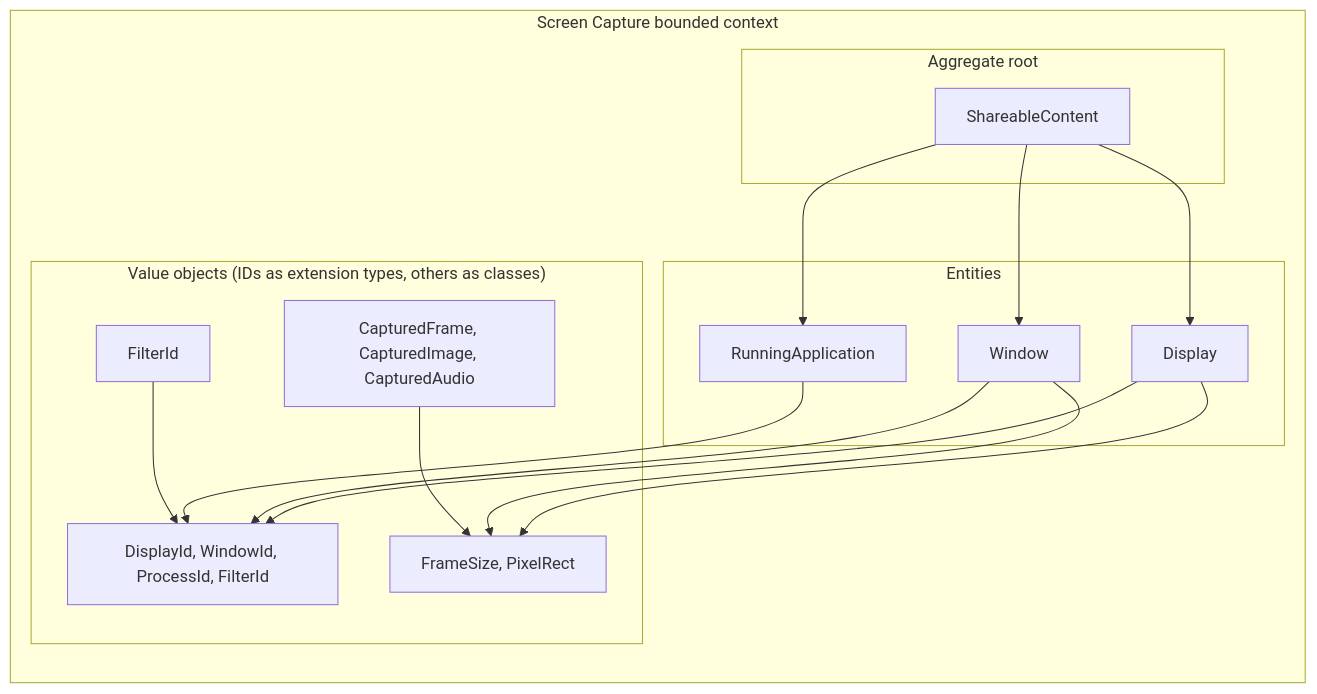
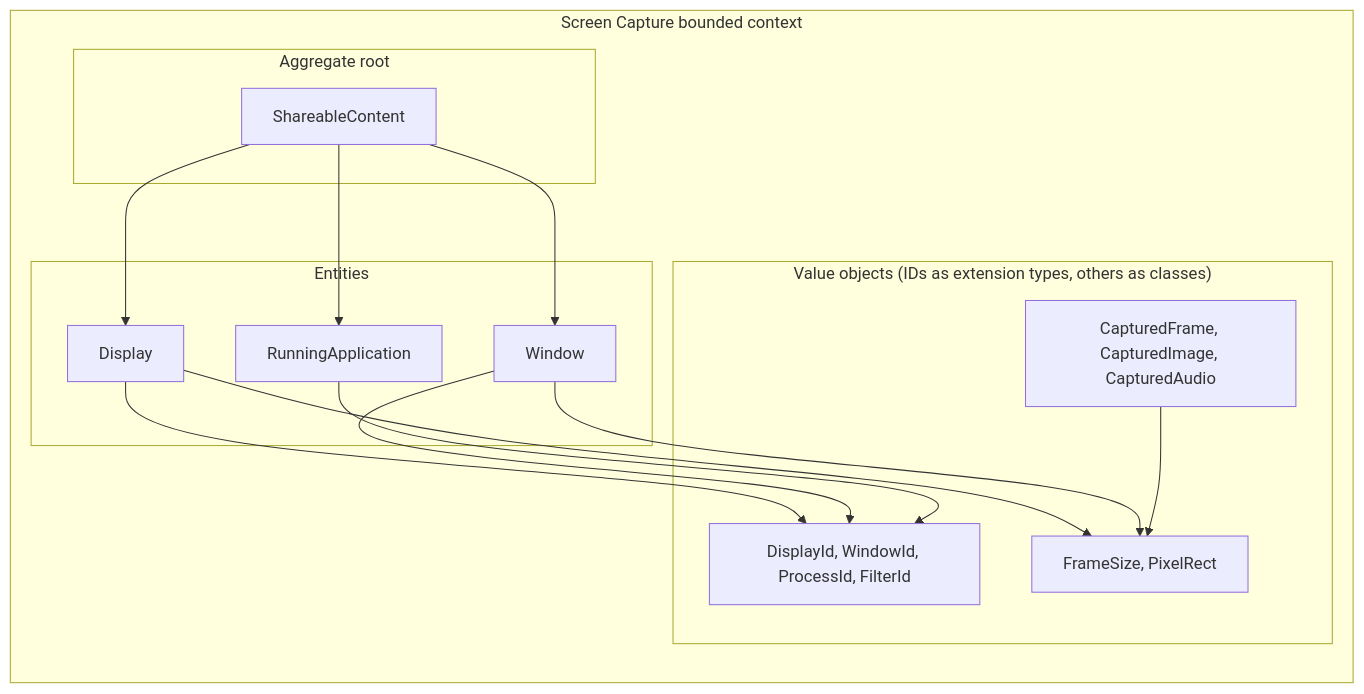
Before and after one commit to blendfactory/screen-capture-kit: the fourth of 4 diagrams in .cursor/rules/architecture-ddd-layered.mdc, drawn with Mermaid. The commit also changed other lines of this file and 3 other files, not shown here.

First line of the commit message:
chore(cursor): refresh docs skills and architecture rule

````diff
--- a/.cursor/rules/architecture-ddd-layered.mdc
+++ b/.cursor/rules/architecture-ddd-layered.mdc
@@ -165,29 +165,27 @@
 ```mermaid
 flowchart LR
   subgraph BoundedContext["Screen Capture bounded context"]
     subgraph Aggregate["Aggregate root"]
       SC["ShareableContent"]
     end
     subgraph Entities["Entities"]
       D["Display"]
       W["Window"]
       RA["RunningApplication"]
     end
     subgraph VOs["Value objects (IDs as extension types, others as classes)"]
       ID["DisplayId, WindowId, ProcessId, FilterId"]
       GEO["FrameSize, PixelRect"]
       CAP["CapturedFrame, CapturedImage, CapturedAudio"]
-      FH["FilterId"]
     end
   end
   SC --> D
   SC --> W
   SC --> RA
   D --> ID
   D --> GEO
   W --> ID
   W --> GEO
   RA --> ID
   CAP --> GEO
-  FH --> ID
 ```
````
